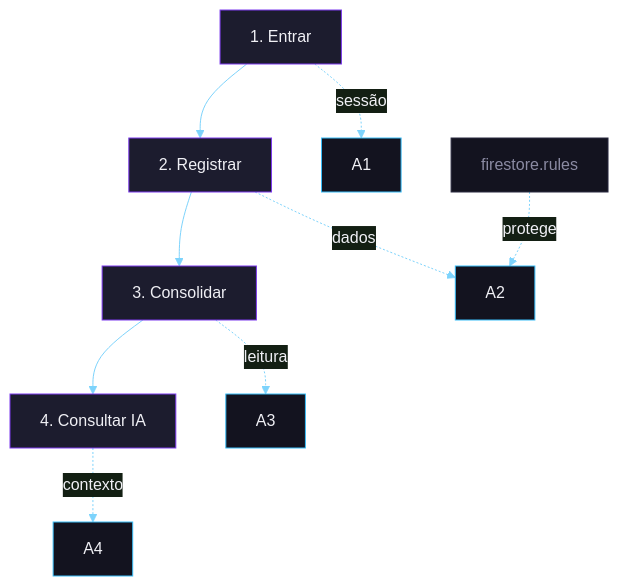
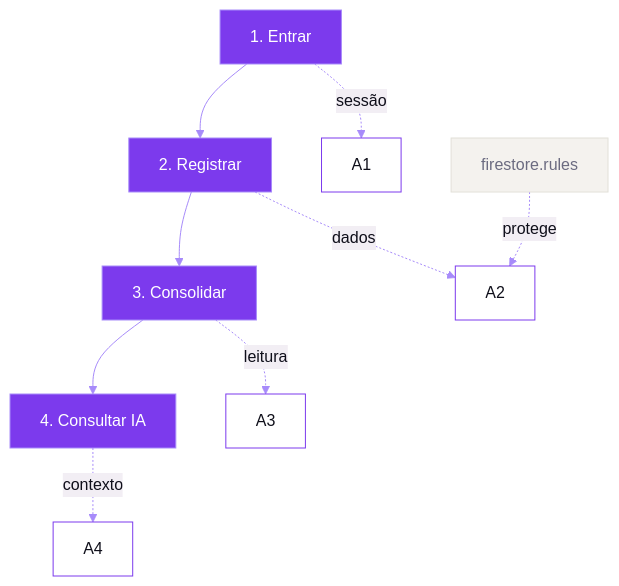
The diagram in README.md (carloshjes/gastos-mensais), drawn with Mermaid before and after one commit. The commit also changed other lines of this file and 1 other file, not shown here.

Commit message:
Atualiza cores

````diff
--- a/README.md
+++ b/README.md
@@ -128,24 +128,24 @@
 ```mermaid
 %%{init: {'theme':'base', 'themeVariables': {
-  'primaryColor':'#13131f',
-  'primaryTextColor':'#f0f0f5',
-  'primaryBorderColor':'#2a2a40',
-  'lineColor':'#7dd3fc'
+  'primaryColor':'#f4f2ee',
+  'primaryTextColor':'#0f0f1a',
+  'primaryBorderColor':'#e2e0d8',
+  'lineColor':'#a78bfa'
 }}}%%
 flowchart TB
     J1["1. Entrar"] --> J2["2. Registrar"] --> J3["3. Consolidar"] --> J4["4. Consultar IA"]
 
     J1 -. sessão .-> A1
     J2 -. dados .-> A2
     J3 -. leitura .-> A3
     J4 -. contexto .-> A4
     R["firestore.rules"]:::rules -. protege .-> A2
 
-    classDef journey fill:#1c1c2e,stroke:#7c3aed,color:#f0f0f5
-    classDef infra fill:#13131f,stroke:#38bdf8,color:#f0f0f5
-    classDef rules fill:#13131f,stroke:#2a2a40,color:#8b8ba3
+    classDef journey fill:#7c3aed,stroke:#a78bfa,color:#ffffff
+    classDef infra fill:#ffffff,stroke:#7c3aed,color:#0f0f1a
+    classDef rules fill:#f4f2ee,stroke:#e2e0d8,color:#6b6b80
 
     class J1,J2,J3,J4 journey
     class A1,A2,A3,A4 infra
     class R rules
 ```
````
